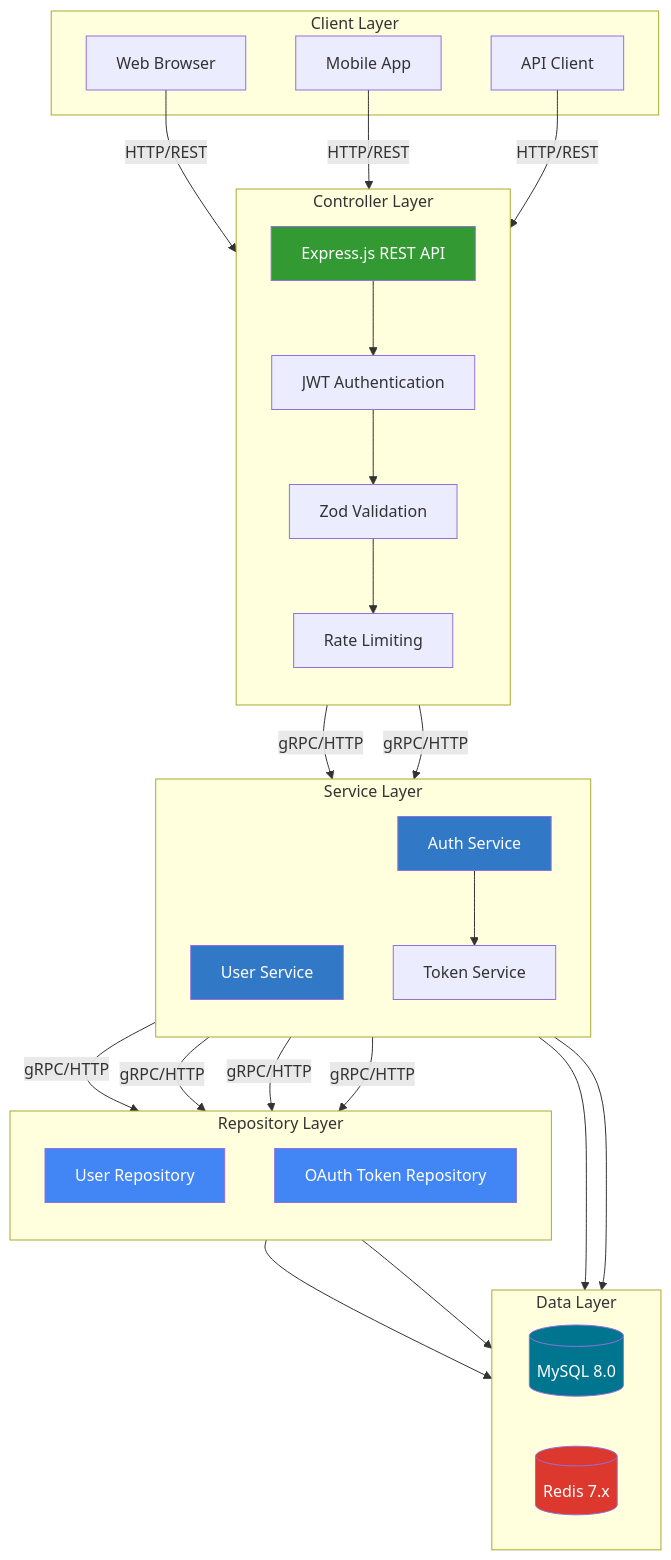
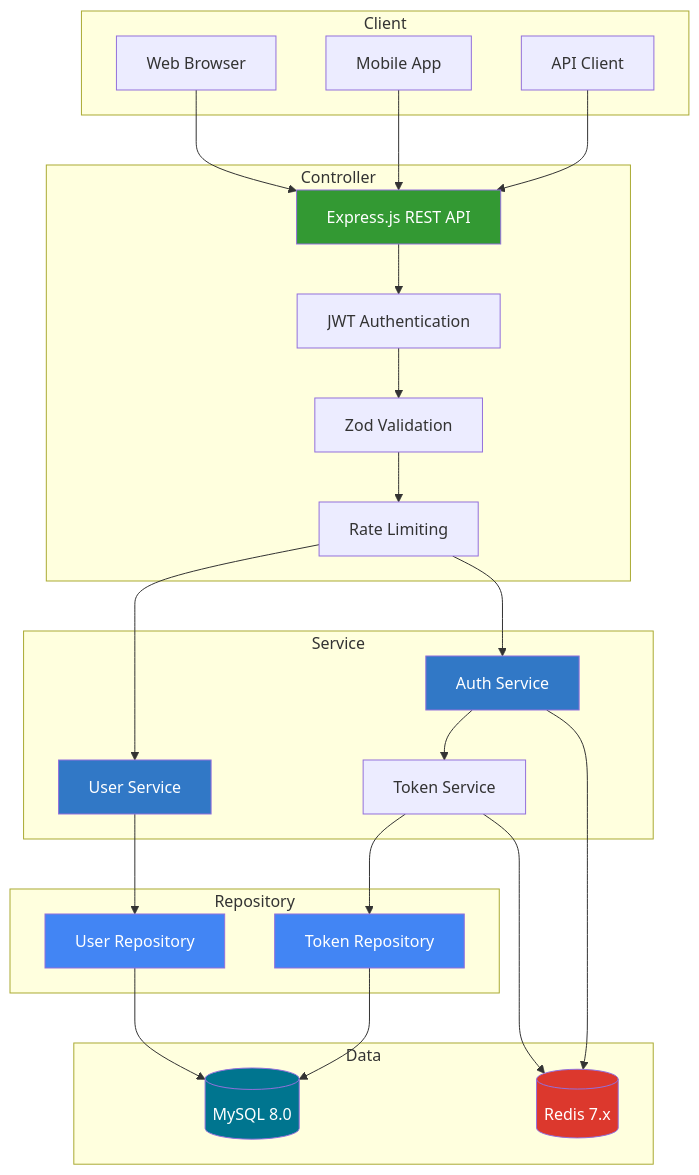
Before and after one commit to jrjohn/arcana-cloud-nodejs: the first of 13 diagrams in README.md, drawn with Mermaid. The commit also changed other lines of this file, not shown here.

````diff
--- a/README.md
+++ b/README.md
@@ -28,51 +28,55 @@
 ```mermaid
 graph TB
-    subgraph "Client Layer"
-        WEB[Web Browser]
-        MOBILE[Mobile App]
-        API[API Client]
+    subgraph Client
+        WEB["Web Browser"]
+        MOBILE["Mobile App"]
+        API["API Client"]
     end
 
-    subgraph "Controller Layer"
-        direction TB
-        CTRL[Express.js REST API]
-        AUTH[JWT Authentication]
-        VALID[Zod Validation]
-        RATE[Rate Limiting]
+    subgraph Controller
+        CTRL["Express.js REST API"]
+        AUTH["JWT Authentication"]
+        VALID["Zod Validation"]
+        RATE["Rate Limiting"]
     end
 
-    subgraph "Service Layer"
-        direction TB
-        USER_SVC[User Service]
-        AUTH_SVC[Auth Service]
-        TOKEN_SVC[Token Service]
+    subgraph Service
+        USER_SVC["User Service"]
+        AUTH_SVC["Auth Service"]
+        TOKEN_SVC["Token Service"]
     end
 
-    subgraph "Repository Layer"
-        direction TB
-        USER_REPO[User Repository]
-        TOKEN_REPO[OAuth Token Repository]
+    subgraph Repository
+        USER_REPO["User Repository"]
+        TOKEN_REPO["Token Repository"]
     end
 
-    subgraph "Data Layer"
-        direction LR
-        MYSQL[(MySQL 8.0)]
-        REDIS[(Redis 7.x)]
+    subgraph Data
+        MYSQL[("MySQL 8.0")]
+        REDIS[("Redis 7.x")]
     end
 
-    WEB & MOBILE & API -->|HTTP/REST| CTRL
-    CTRL --> AUTH --> VALID --> RATE
-    RATE -->|gRPC/HTTP| USER_SVC & AUTH_SVC
+    WEB --> CTRL
+    MOBILE --> CTRL
+    API --> CTRL
+    CTRL --> AUTH
+    AUTH --> VALID
+    VALID --> RATE
+    RATE --> USER_SVC
+    RATE --> AUTH_SVC
     AUTH_SVC --> TOKEN_SVC
-    USER_SVC & TOKEN_SVC -->|gRPC/HTTP| USER_REPO & TOKEN_REPO
-    USER_REPO & TOKEN_REPO --> MYSQL
-    AUTH_SVC & TOKEN_SVC --> REDIS
+    USER_SVC --> USER_REPO
+    TOKEN_SVC --> TOKEN_REPO
+    USER_REPO --> MYSQL
+    TOKEN_REPO --> MYSQL
+    AUTH_SVC --> REDIS
+    TOKEN_SVC --> REDIS
 
     style CTRL fill:#339933,color:#fff
     style USER_SVC fill:#3178C6,color:#fff
     style AUTH_SVC fill:#3178C6,color:#fff
     style USER_REPO fill:#4285F4,color:#fff
     style TOKEN_REPO fill:#4285F4,color:#fff
     style MYSQL fill:#00758F,color:#fff
     style REDIS fill:#DC382D,color:#fff
 ```
````
